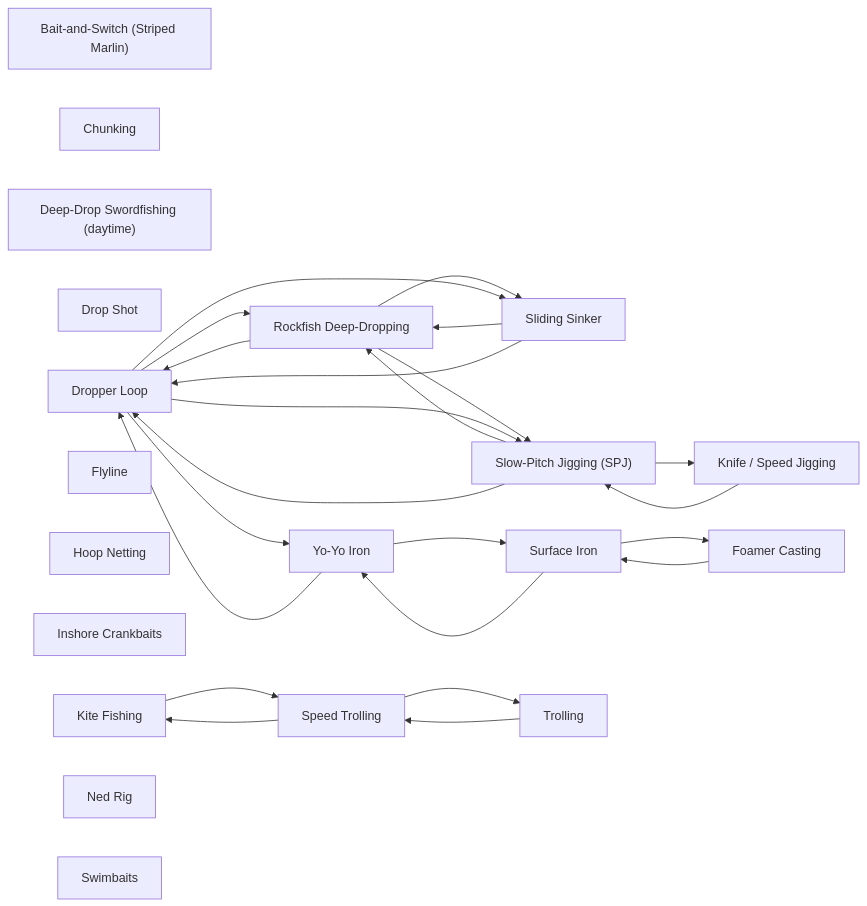
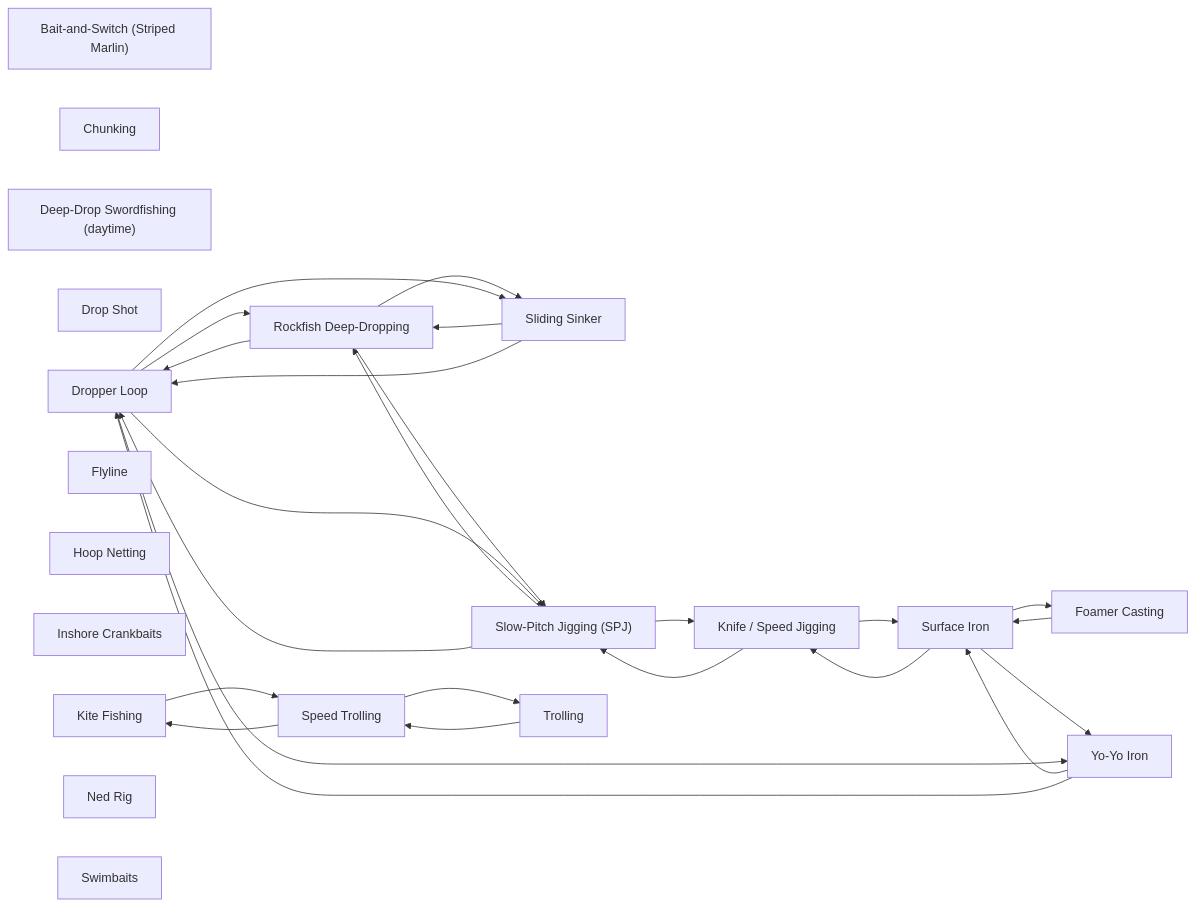
One commit to camchuckpete-max/Socal-Fishing-Knowledge changed the diagram in techniques/README.md. Above: the diagram before and after it, drawn with Mermaid. The commit also changed 3 other files, not shown here.

````diff
--- a/techniques/README.md
+++ b/techniques/README.md
@@ -33,45 +33,47 @@
 ```mermaid
 graph LR
   n0["Bait-and-Switch (Striped Marlin)"]
   n1["Chunking"]
   n2["Deep-Drop Swordfishing (daytime)"]
   n3["Drop Shot"]
   n4["Dropper Loop"]
   n5["Flyline"]
   n6["Foamer Casting"]
   n7["Hoop Netting"]
   n8["Inshore Crankbaits"]
   n9["Kite Fishing"]
   n10["Knife / Speed Jigging"]
   n11["Ned Rig"]
   n12["Rockfish Deep-Dropping"]
   n13["Sliding Sinker"]
   n14["Slow-Pitch Jigging (SPJ)"]
   n15["Speed Trolling"]
   n16["Surface Iron"]
   n17["Swimbaits"]
   n18["Trolling"]
   n19["Yo-Yo Iron"]
   n10 --> n14
+  n10 --> n16
   n12 --> n13
   n12 --> n14
   n12 --> n4
   n13 --> n12
   n13 --> n4
   n14 --> n10
   n14 --> n12
   n14 --> n4
   n15 --> n18
   n15 --> n9
+  n16 --> n10
   n16 --> n19
   n16 --> n6
   n18 --> n15
   n19 --> n16
   n19 --> n4
   n4 --> n12
   n4 --> n13
   n4 --> n14
   n4 --> n19
   n6 --> n16
   n9 --> n15
 ```
````
